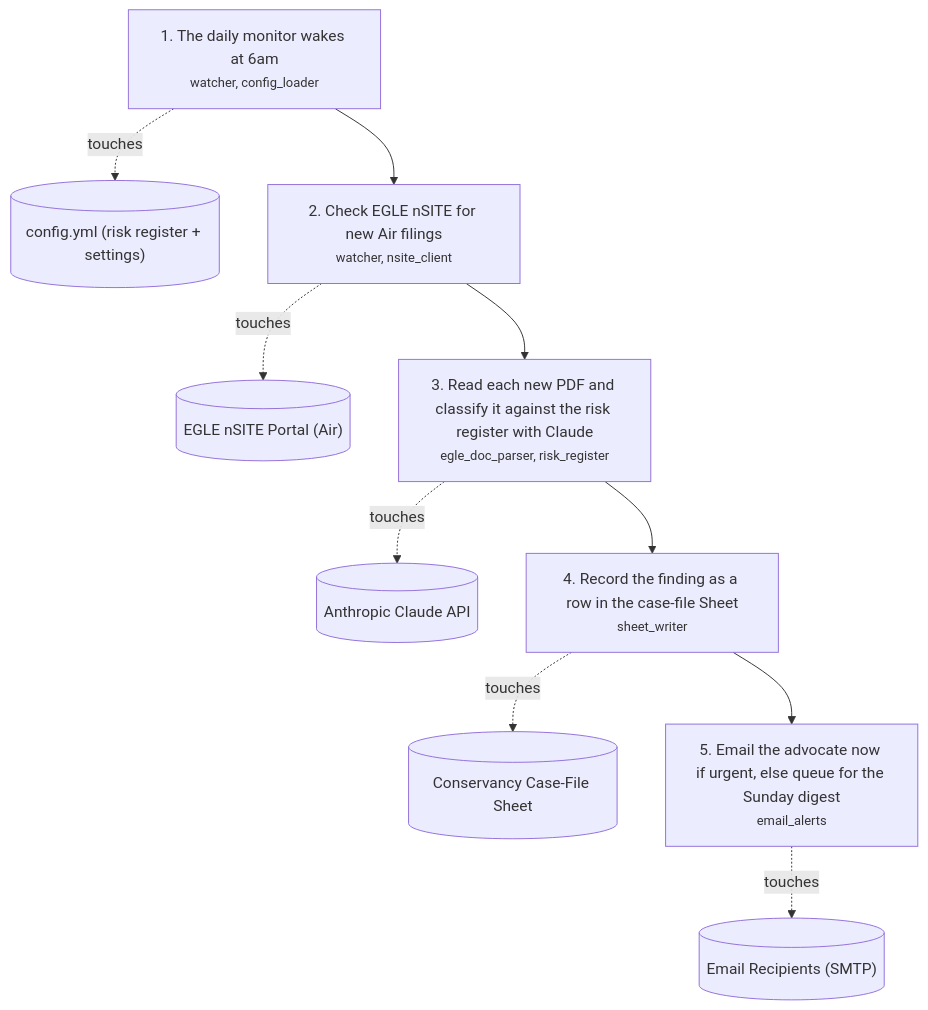
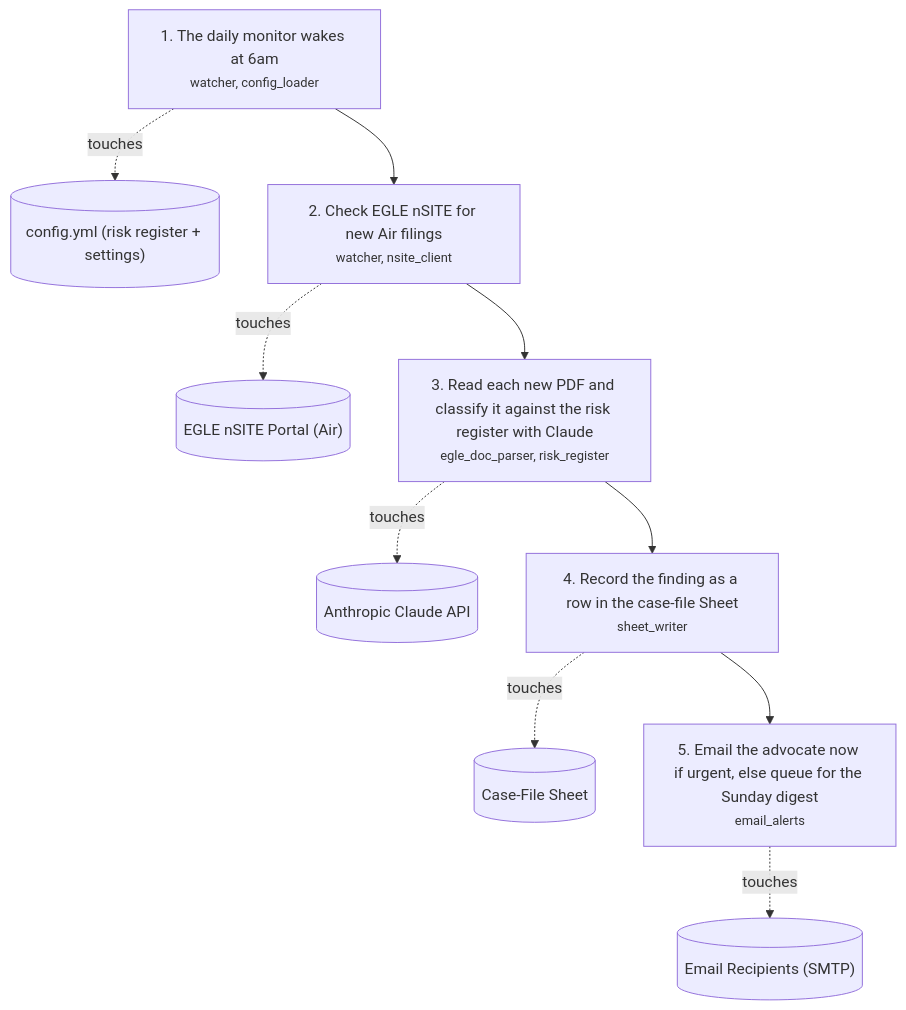
The diagram in docs/topology/critical-path.mmd (tkunst/arbor-hills-monitor), drawn with Mermaid before and after one commit. The commit also changed 12 other files, not shown here.

```diff
--- a/docs/topology/critical-path.mmd
+++ b/docs/topology/critical-path.mmd
@@ -1,23 +1,23 @@
 flowchart TD
-  %% A new EGLE Air filing is caught and triaged — persona: N2688 Conservancy advocate
+  %% A new EGLE Air filing is caught and triaged — persona: N2688 monitor reader
   %% The monitor spots a new Air permit filing for the landfill, classifies its risk, and alerts the advocate.
   %% (no telemetry wired yet — annotate p50/p99 here once available)
   s1["1. The daily monitor wakes at 6am<br/><small>watcher, config_loader</small>"]
   s1_ds[("config.yml (risk register + settings)")]
   s1 -. touches .-> s1_ds
   s2["2. Check EGLE nSITE for new Air filings<br/><small>watcher, nsite_client</small>"]
   s1 --> s2
   s2_ds[("EGLE nSITE Portal (Air)")]
   s2 -. touches .-> s2_ds
   s3["3. Read each new PDF and classify it against the risk register with Claude<br/><small>egle_doc_parser, risk_register</small>"]
   s2 --> s3
   s3_ds[("Anthropic Claude API")]
   s3 -. touches .-> s3_ds
   s4["4. Record the finding as a row in the case-file Sheet<br/><small>sheet_writer</small>"]
   s3 --> s4
-  s4_ds[("Conservancy Case-File Sheet")]
+  s4_ds[("Case-File Sheet")]
   s4 -. touches .-> s4_ds
   s5["5. Email the advocate now if urgent, else queue for the Sunday digest<br/><small>email_alerts</small>"]
   s4 --> s5
   s5_ds[("Email Recipients (SMTP)")]
   s5 -. touches .-> s5_ds
```
